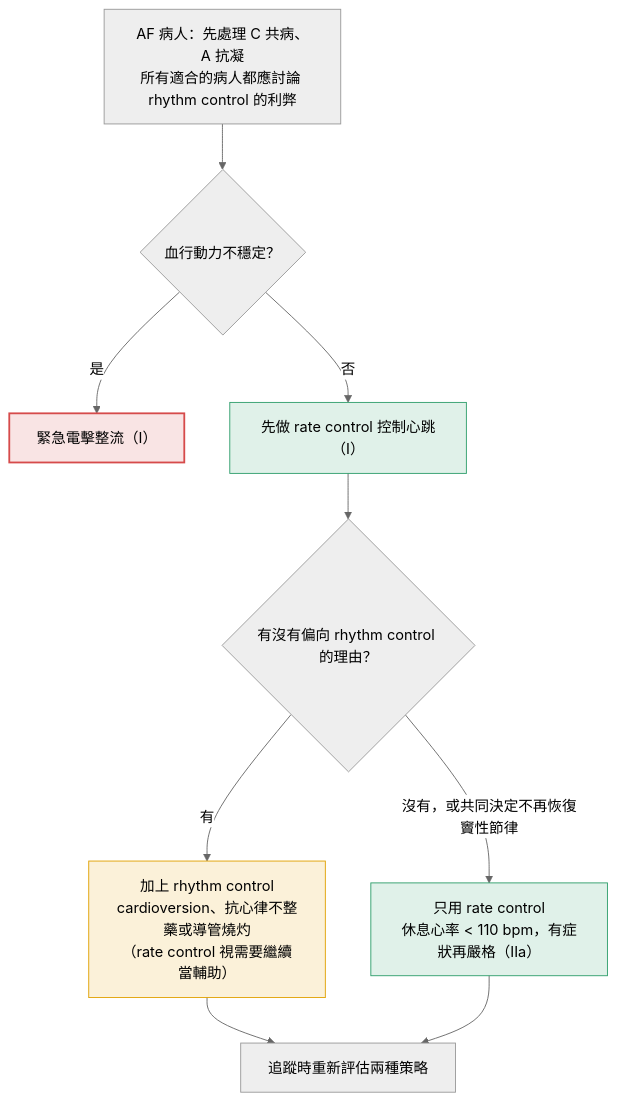
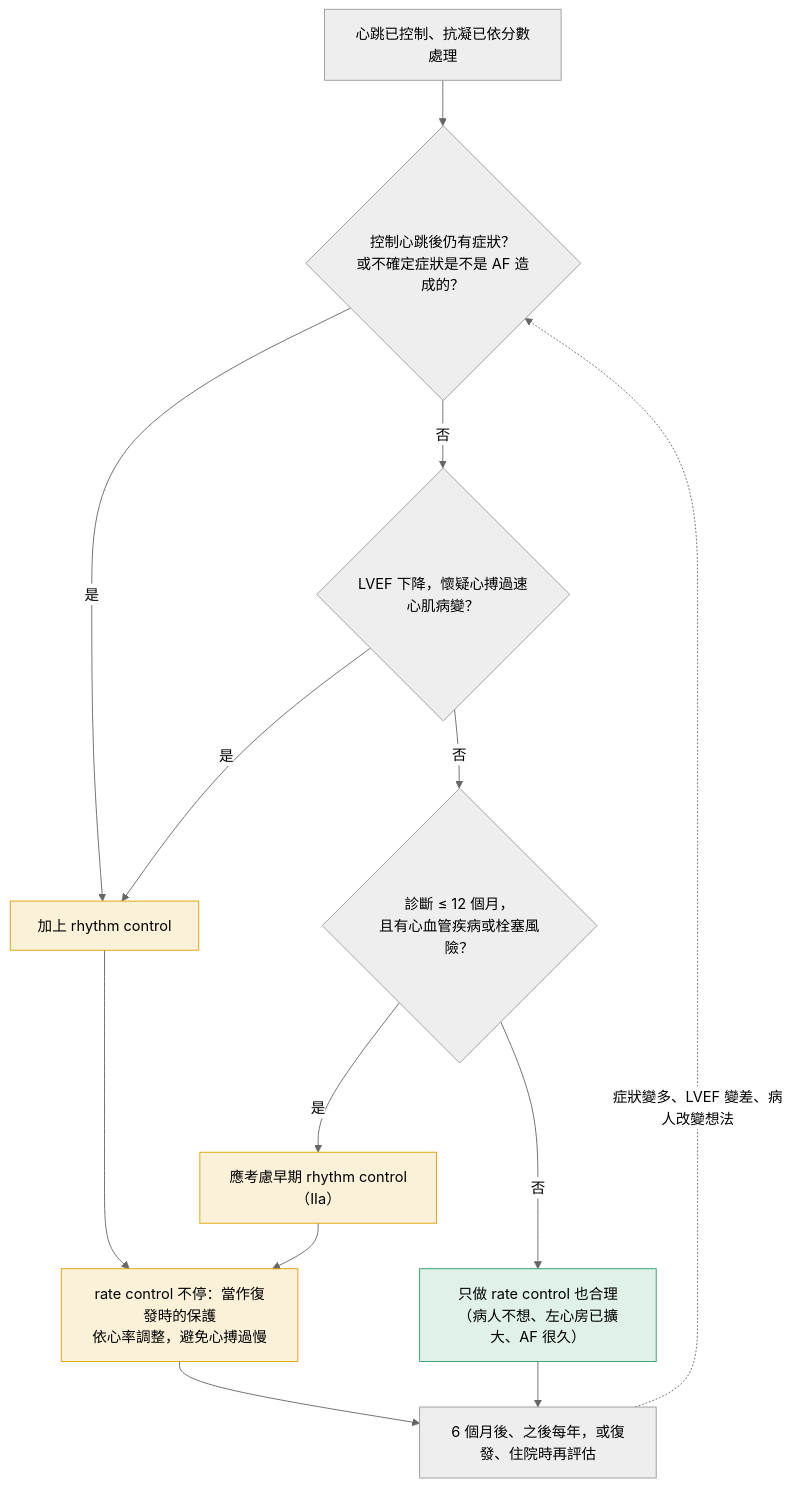
One commit to youngmd-notes/youngmd-notes.github.io changed the first of 3 diagrams in content/cardiology/atrial-fibrillation/af-esc-2024-3-rate-rhythm.md. Above: the diagram before and after it, drawn with Mermaid (neutral theme). The commit also changed other lines of this file and 2 other files, not shown here.

First line of the commit message:
AF ③改寫為「臨床整合：rate 與 rhythm control 怎麼搭配」，含時間軸與三個病人範例

````diff
--- a/content/cardiology/atrial-fibrillation/af-esc-2024-3-rate-rhythm.md
+++ b/content/cardiology/atrial-fibrillation/af-esc-2024-3-rate-rhythm.md
@@ -38,17 +64,19 @@
 ```mermaid
 flowchart TD
-    A["AF 病人：先處理 C 共病、A 抗凝<br/>所有適合的病人都應討論 rhythm control 的利弊"] --> B{"血行動力不穩定？"}
-    B -->|"是"| U["緊急電擊整流（I）"]
-    B -->|"否"| R["先做 rate control 控制心跳（I）"]
-    R --> Q{"有沒有偏向 rhythm control 的理由？"}
-    Q -->|"有"| Y["加上 rhythm control<br/>cardioversion、抗心律不整藥或導管燒灼<br/>（rate control 視需要繼續當輔助）"]
-    Q -->|"沒有，或共同決定不再恢復竇性節律"| N["只用 rate control<br/>休息心率 < 110 bpm，有症狀再嚴格（IIa）"]
-    Y --> E["追蹤時重新評估兩種策略"]
-    N --> E
+    A["心跳已控制、抗凝已依分數處理"] --> Q1{"控制心跳後仍有症狀？<br/>或不確定症狀是不是 AF 造成的？"}
+    Q1 -->|"是"| R["加上 rhythm control"]
+    Q1 -->|"否"| Q2{"LVEF 下降，懷疑心搏過速心肌病變？"}
+    Q2 -->|"是"| R
+    Q2 -->|"否"| Q3{"診斷 ≤ 12 個月，<br/>且有心血管疾病或栓塞風險？"}
+    Q3 -->|"是"| R2["應考慮早期 rhythm control（IIa）"]
+    Q3 -->|"否"| RO["只做 rate control 也合理<br/>（病人不想、左心房已擴大、AF 很久）"]
+    R --> K["rate control 不停：當作復發時的保護<br/>依心率調整，避免心搏過慢"]
+    R2 --> K
+    K --> E["6 個月後、之後每年，或復發、住院時再評估"]
+    RO --> E
+    E -. "症狀變多、LVEF 變差、病人改變想法" .-> Q1
     classDef ok fill:#2e9e6b26,stroke:#2e9e6b
     classDef warn fill:#e0a10026,stroke:#e0a100
-    classDef bad fill:#d64b4b26,stroke:#d64b4b,stroke-width:2px
-    class R,N ok
-    class Y warn
-    class U bad
+    class R,R2,K warn
+    class RO ok
 ```
````
